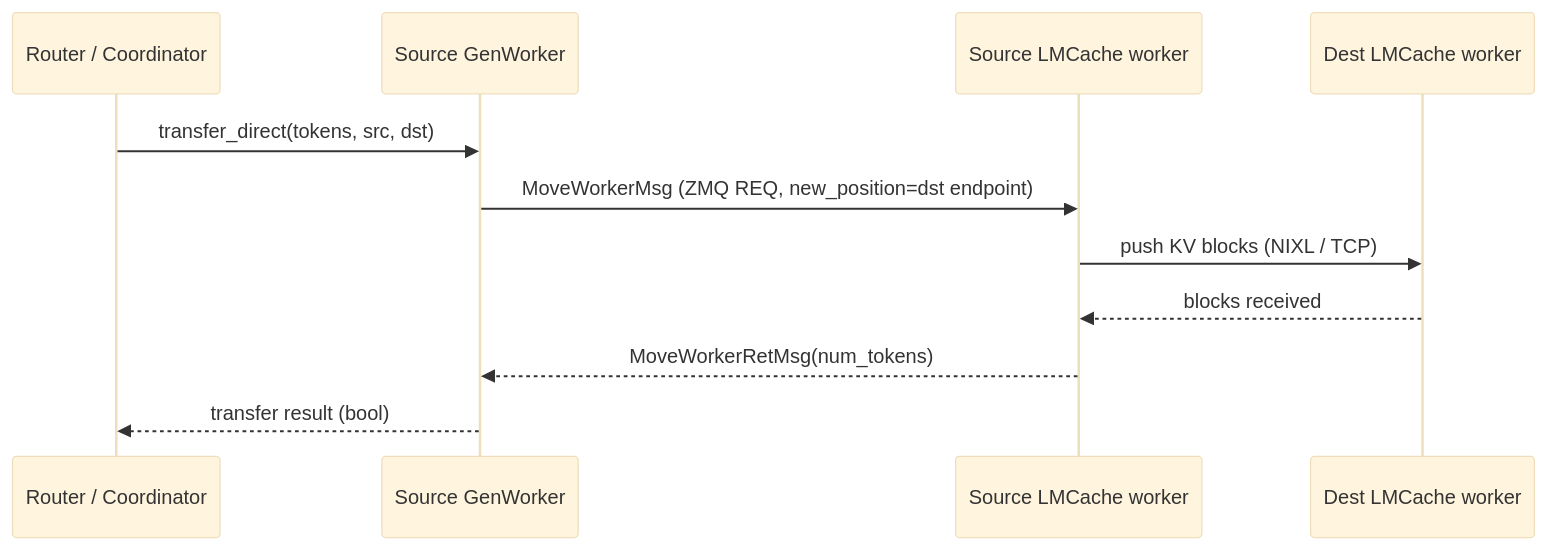
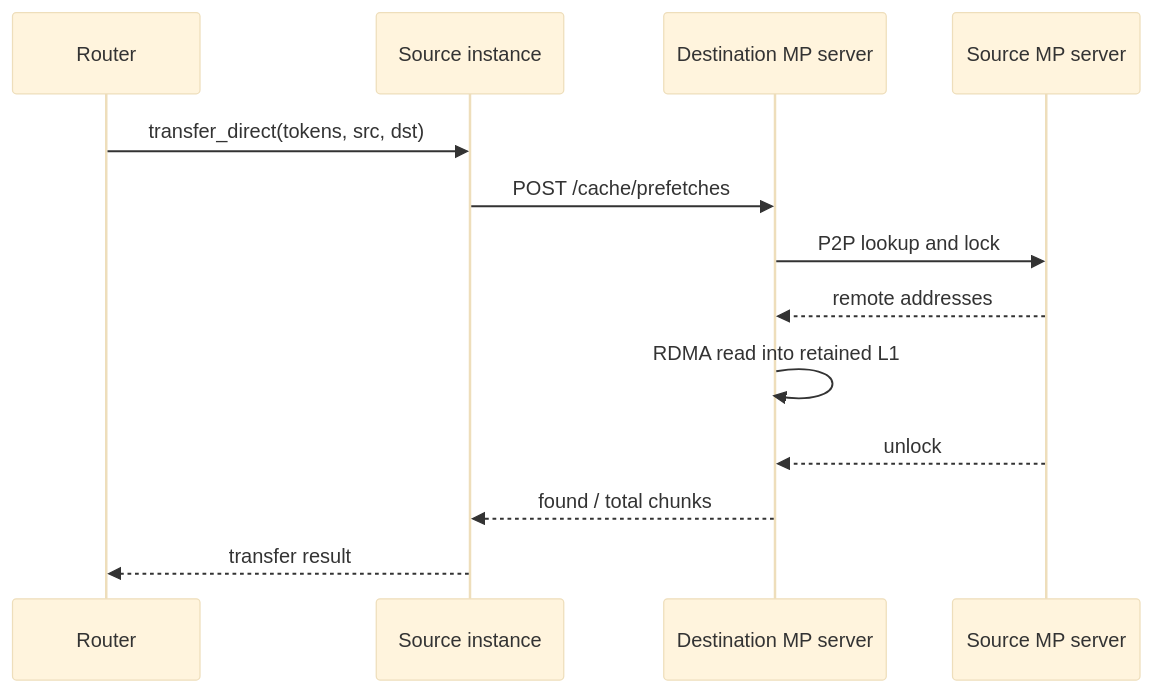
Before and after one commit to Somoku/psrl: the second of 2 diagrams in docs/design/kv_cache.md, drawn with Mermaid (base theme). The commit also changed other lines of this file and 24 other files, not shown here.

````diff
--- a/docs/design/kv_cache.md
+++ b/docs/design/kv_cache.md
@@ -134,14 +136,16 @@
 ```{mermaid}
 sequenceDiagram
-    participant RC as Router / Coordinator
-    participant Src as Source GenWorker
-    participant SrcW as Source LMCache worker
-    participant Dst as Dest LMCache worker
+    participant RC as Router
+    participant Src as Source instance
+    participant DstS as Destination MP server
+    participant SrcS as Source MP server
 
     RC->>Src: transfer_direct(tokens, src, dst)
-    Src->>SrcW: MoveWorkerMsg (ZMQ REQ, new_position=dst endpoint)
-    SrcW->>Dst: push KV blocks (NIXL / TCP)
-    Dst-->>SrcW: blocks received
-    SrcW-->>Src: MoveWorkerRetMsg(num_tokens)
-    Src-->>RC: transfer result (bool)
+    Src->>DstS: POST /cache/prefetches
+    DstS->>SrcS: P2P lookup and lock
+    SrcS-->>DstS: remote addresses
+    DstS->>DstS: RDMA read into retained L1
+    SrcS-->>DstS: unlock
+    DstS-->>Src: found / total chunks
+    Src-->>RC: transfer result
 ```
````
